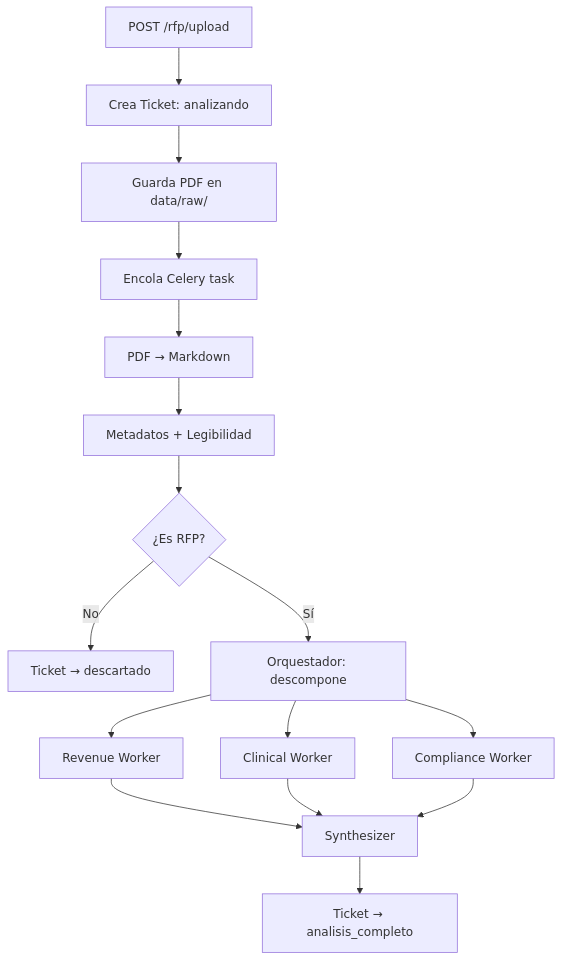
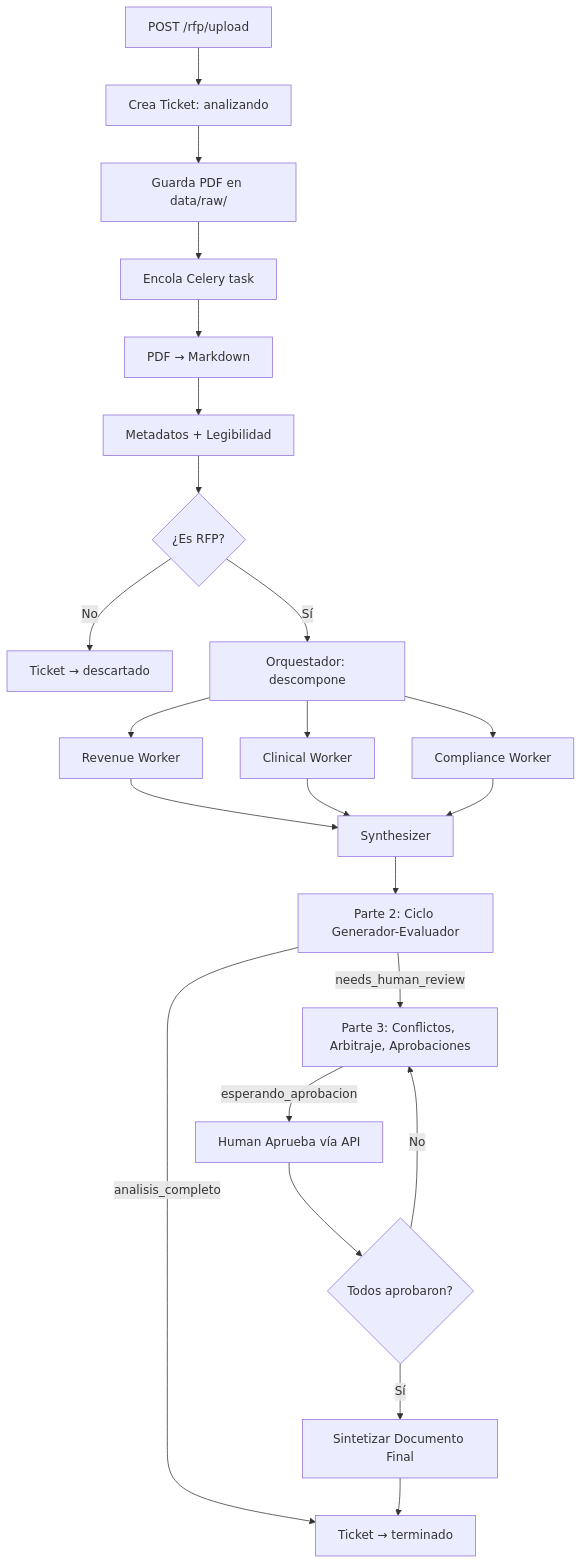
The diagram in agentic-workflows.md (wendy-sanchez/healthcore), drawn with Mermaid before and after one commit. The commit also changed other lines of this file and 48 other files, not shown here.

````diff
--- a/agentic-workflows.md
+++ b/agentic-workflows.md
@@ -156,22 +156,30 @@
 ```mermaid
 flowchart TD
     Upload[POST /rfp/upload] --> CreateTicket[Crea Ticket: analizando]
     CreateTicket --> SavePDF[Guarda PDF en data/raw/]
     SavePDF --> Enqueue[Encola Celery task]
     Enqueue --> Convert[PDF → Markdown]
     Convert --> Extract[Metadatos + Legibilidad]
     Extract --> Classify{¿Es RFP?}
 
     Classify -->|No| Reject[Ticket → descartado]
     Classify -->|Sí| Orchestrate[Orquestador: descompone]
 
     Orchestrate --> Rev[Revenue Worker]
     Orchestrate --> Clin[Clinical Worker]
     Orchestrate --> Comp[Compliance Worker]
 
     Rev --> Synth[Synthesizer]
     Clin --> Synth
     Comp --> Synth
 
-    Synth --> Complete[Ticket → analisis_completo]
+    Synth --> Part2[Parte 2: Ciclo Generador-Evaluador]
+    Part2 -->|needs_human_review| Part3[Parte 3: Conflictos, Arbitraje, Aprobaciones]
+    Part2 -->|analisis_completo| DoneOK
+
+    Part3 --> |esperando_aprobacion| Approve[Human Aprueba vía API]
+    Approve --> Check{Todos aprobaron?}
+    Check -->|No| Part3
+    Check -->|Sí| Produce[Sintetizar Documento Final]
+    Produce --> DoneOK[Ticket → terminado]
 ```
````
